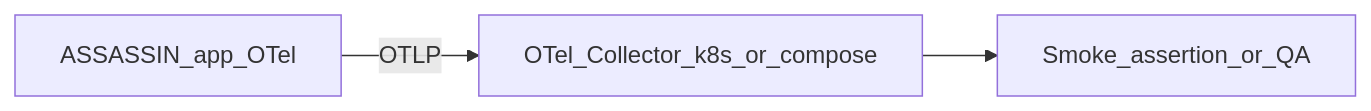
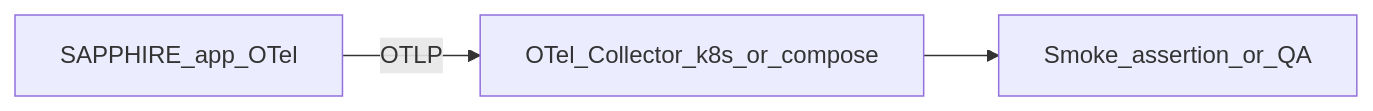
The diagram in docs/specs/pitch_watchtower_telemetry.md (bstruong/assassin), drawn with Mermaid before and after one commit. The commit also changed 49 other files, not shown here.

Commit message:
chore: rename project from ASSASSIN to Sapphire

````diff
--- a/docs/specs/pitch_watchtower_telemetry.md
+++ b/docs/specs/pitch_watchtower_telemetry.md
@@ -20,5 +20,5 @@
 ```mermaid
 flowchart LR
-  app[ASSASSIN_app_OTel] -->|OTLP| collector[OTel_Collector_k8s_or_compose]
+  app[SAPPHIRE_app_OTel] -->|OTLP| collector[OTel_Collector_k8s_or_compose]
   collector --> smoke[Smoke_assertion_or_QA]
 ```
````
